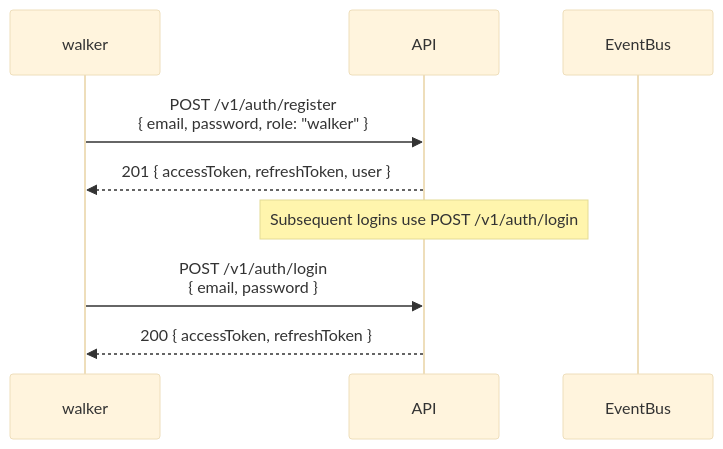
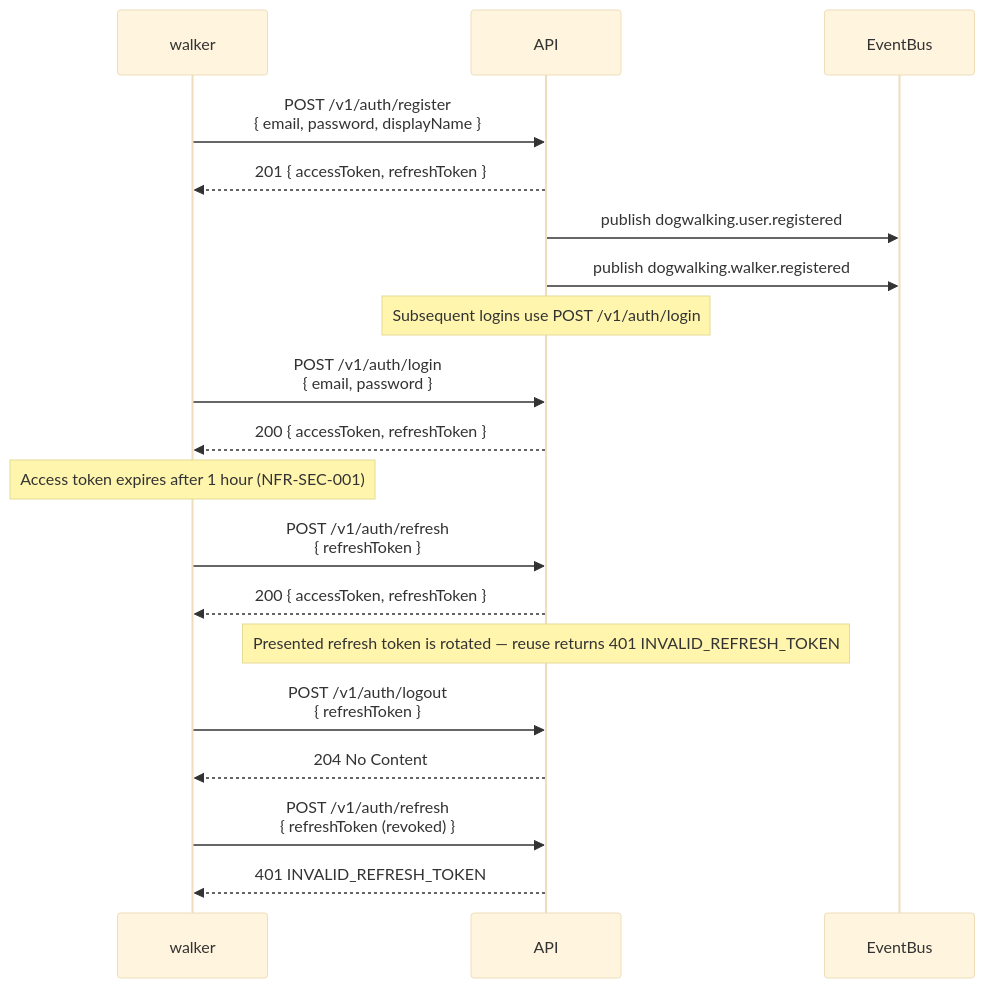
Before and after one commit to dataGriff/spec-dog-walking: the first of 12 diagrams in docs/specifications/sequence-diagrams.md, drawn with Mermaid (base theme). The commit also changed other lines of this file and 2 other files, not shown here.

First line of the commit message:
feat(flows): fix Flow 1 register body, cover new stories, align keys and ordering

````diff
--- a/docs/specifications/sequence-diagrams.md
+++ b/docs/specifications/sequence-diagrams.md
@@ -13,13 +15,26 @@
 ```mermaid
 sequenceDiagram
     participant walker
     participant API
     participant EventBus
 
-    walker->>API: POST /v1/auth/register<br/>{ email, password, role: "walker" }
-    API-->>walker: 201 { accessToken, refreshToken, user }
+    walker->>API: POST /v1/auth/register<br/>{ email, password, displayName }
+    API-->>walker: 201 { accessToken, refreshToken }
+    API->>EventBus: publish dogwalking.user.registered
+    API->>EventBus: publish dogwalking.walker.registered
 
     Note over API: Subsequent logins use POST /v1/auth/login
     walker->>API: POST /v1/auth/login<br/>{ email, password }
     API-->>walker: 200 { accessToken, refreshToken }
+
+    Note over walker: Access token expires after 1 hour (NFR-SEC-001)
+    walker->>API: POST /v1/auth/refresh<br/>{ refreshToken }
+    API-->>walker: 200 { accessToken, refreshToken }
+    Note over API: Presented refresh token is rotated — reuse returns 401 INVALID_REFRESH_TOKEN
+
+    walker->>API: POST /v1/auth/logout<br/>{ refreshToken }
+    API-->>walker: 204 No Content
+
+    walker->>API: POST /v1/auth/refresh<br/>{ refreshToken (revoked) }
+    API-->>walker: 401 INVALID_REFRESH_TOKEN
 ```
````
